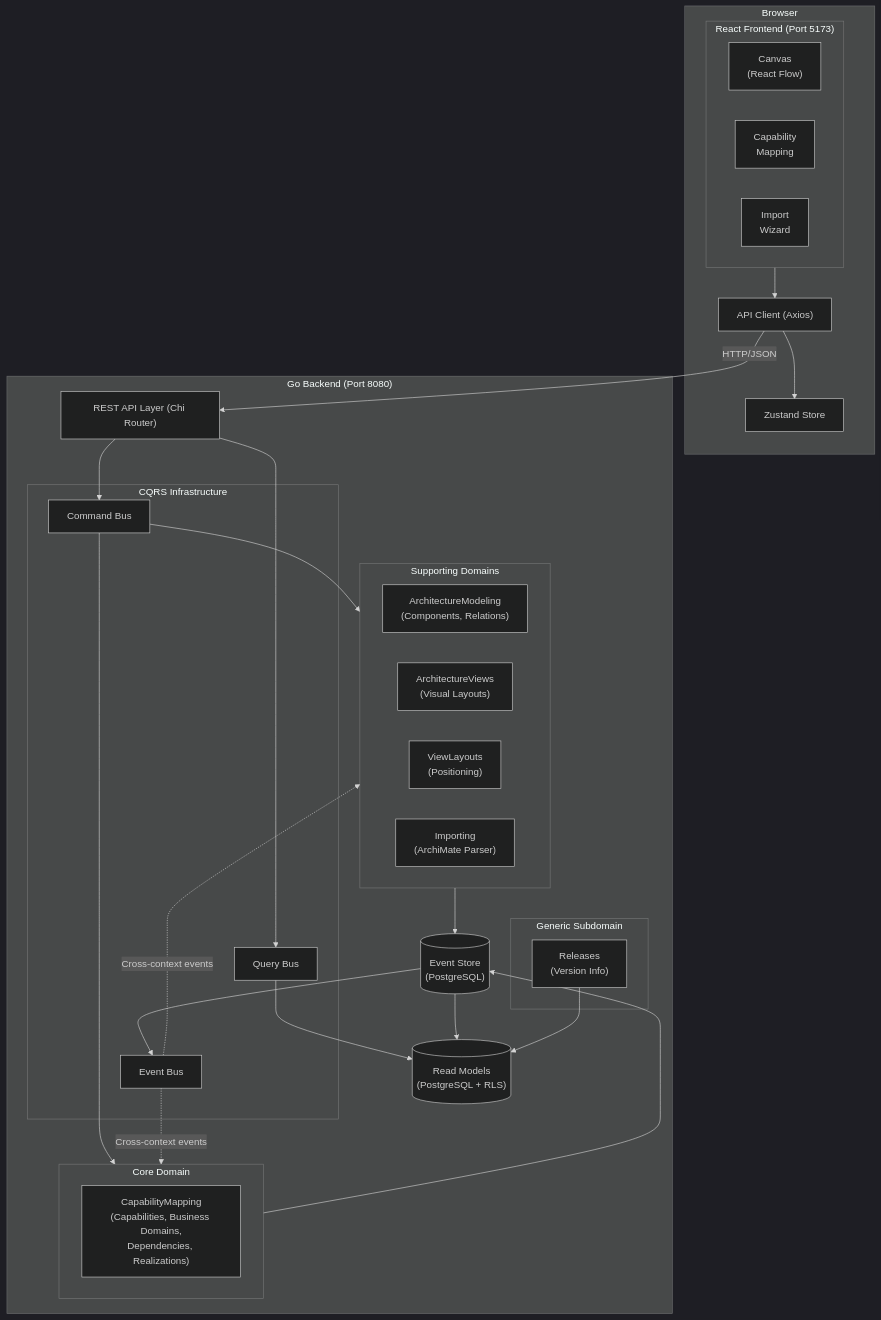
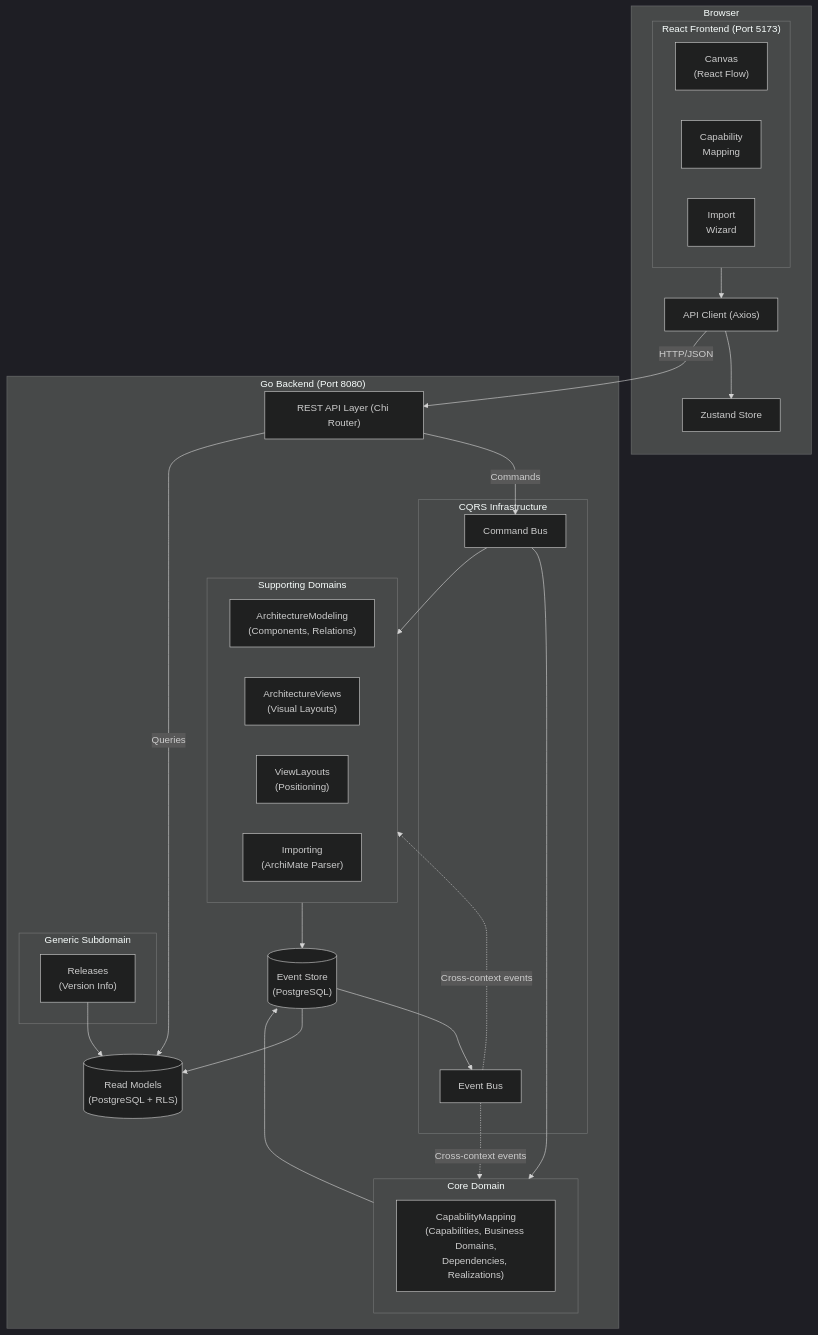
Before and after one commit to martinosk/easi: the diagram in README.md, drawn with Mermaid (dark theme). The commit also changed other lines of this file, not shown here.

Commit message:
readme updates

````diff
--- a/README.md
+++ b/README.md
@@ -49,59 +49,57 @@
 ```mermaid
 flowchart TB
     subgraph Browser["Browser"]
         subgraph Frontend["React Frontend (Port 5173)"]
             direction LR
             CanvasFeature["Canvas<br/>(React Flow)"]
             CapabilityUI["Capability<br/>Mapping"]
             ImportUI["Import<br/>Wizard"]
         end
         ApiClient["API Client (Axios)"]
         Store["Zustand Store"]
     end
 
     subgraph Backend["Go Backend (Port 8080)"]
         REST["REST API Layer (Chi Router)"]
 
         subgraph CQRS["CQRS Infrastructure"]
             CommandBus["Command Bus"]
-            QueryBus["Query Bus"]
             EventBus["Event Bus"]
         end
 
         subgraph CoreDomain["Core Domain"]
             Capability["CapabilityMapping<br/>(Capabilities, Business Domains,<br/>Dependencies, Realizations)"]
         end
 
         subgraph SupportingDomains["Supporting Domains"]
             Modeling["ArchitectureModeling<br/>(Components, Relations)"]
             Views["ArchitectureViews<br/>(Visual Layouts)"]
             Layouts["ViewLayouts<br/>(Positioning)"]
             Importing["Importing<br/>(ArchiMate Parser)"]
         end
 
         subgraph GenericDomains["Generic Subdomain"]
             Releases["Releases<br/>(Version Info)"]
         end
 
         EventStore[("Event Store<br/>(PostgreSQL)")]
         ReadModels[("Read Models<br/>(PostgreSQL + RLS)")]
     end
 
     Frontend --> ApiClient
     ApiClient --> Store
     ApiClient -->|HTTP/JSON| REST
-    REST --> CommandBus
-    REST --> QueryBus
+    REST -->|Commands| CommandBus
+    REST -->|Queries| ReadModels
     CommandBus --> CoreDomain
     CommandBus --> SupportingDomains
-    QueryBus --> ReadModels
 
     CoreDomain --> EventStore
     SupportingDomains --> EventStore
     EventStore --> EventBus
     EventBus -.->|Cross-context events| SupportingDomains
     EventBus -.->|Cross-context events| CoreDomain
     EventStore --> ReadModels
 
     Releases --> ReadModels
 ```
````
